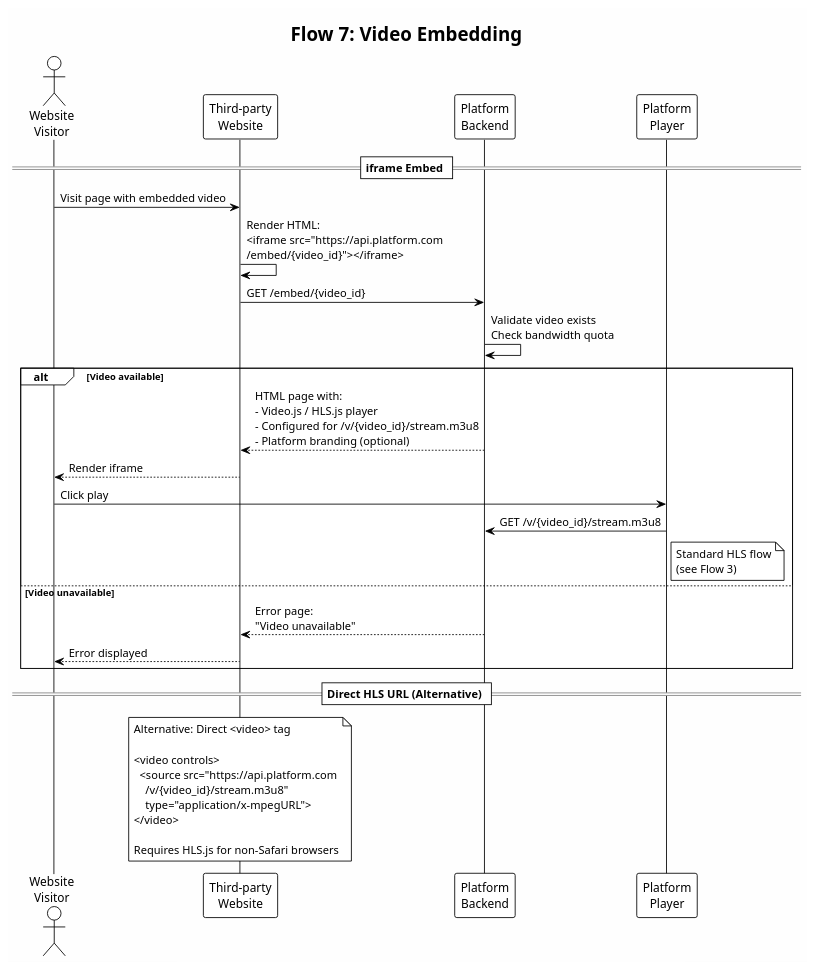
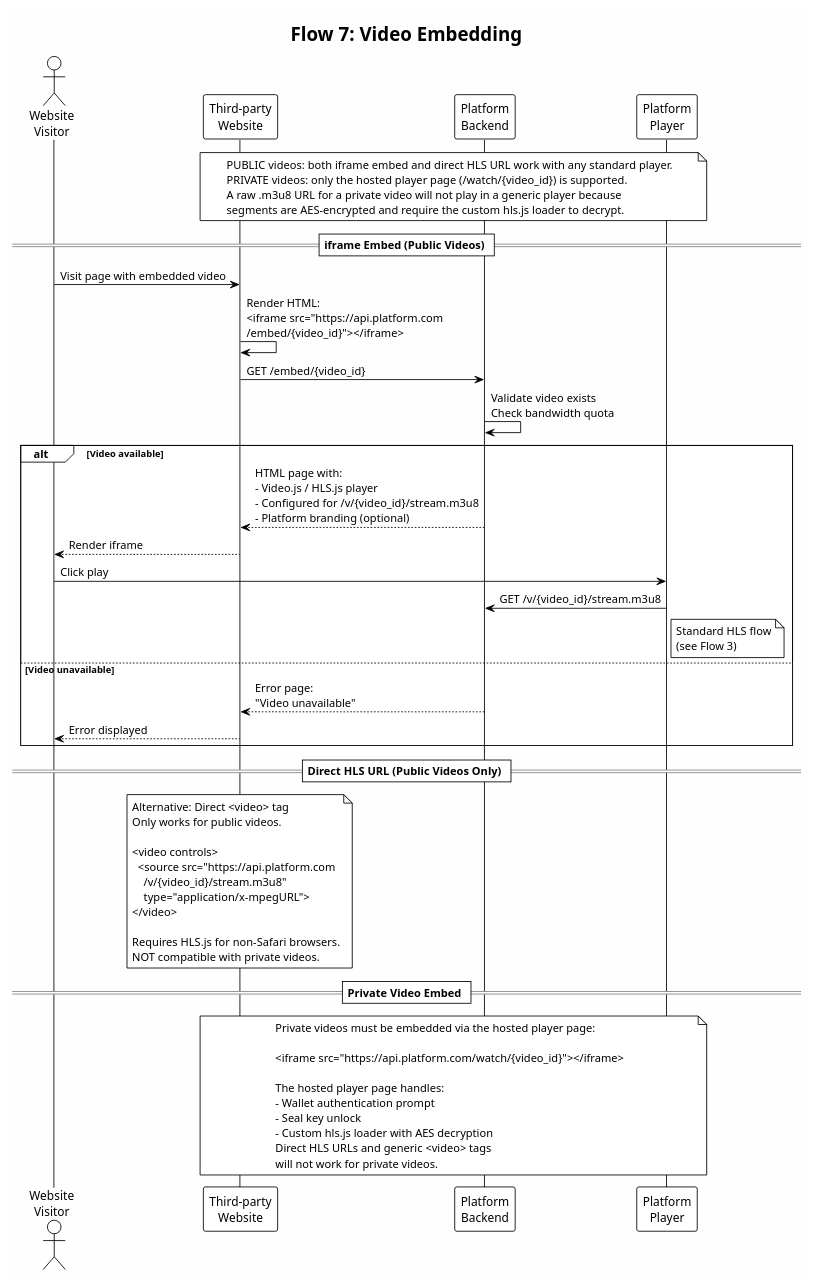
One commit to node101-io/walrus-rfp-timeline-milestones changed the diagram in diagrams/07-embed-player.puml. Above: the diagram before and after it, drawn with PlantUML. The commit also changed 2 other files, not shown here.

```diff
--- a/diagrams/07-embed-player.puml
+++ b/diagrams/07-embed-player.puml
@@ -1,50 +1,74 @@
 @startuml 07-embed-player
 
 !theme plain
 skinparam backgroundColor #FEFEFE
 title Flow 7: Video Embedding
 
 actor "Website\nVisitor" as Visitor
 participant "Third-party\nWebsite" as Website
 participant "Platform\nBackend" as Backend
 participant "Platform\nPlayer" as Player
 
-== iframe Embed ==
+note over Website, Player
+  PUBLIC videos: both iframe embed and direct HLS URL work with any standard player.
+  PRIVATE videos: only the hosted player page (/watch/{video_id}) is supported.
+  A raw .m3u8 URL for a private video will not play in a generic player because
+  segments are AES-encrypted and require the custom hls.js loader to decrypt.
+end note
+
+== iframe Embed (Public Videos) ==
 
 Visitor -> Website: Visit page with embedded video
 
 Website -> Website: Render HTML:\n<iframe src="https://api.platform.com\n/embed/{video_id}"></iframe>
 
 Website -> Backend: GET /embed/{video_id}
 
 Backend -> Backend: Validate video exists\nCheck bandwidth quota
 
 alt Video available
     Backend --> Website: HTML page with:\n- Video.js / HLS.js player\n- Configured for /v/{video_id}/stream.m3u8\n- Platform branding (optional)
 
     Website --> Visitor: Render iframe
 
     Visitor -> Player: Click play
     Player -> Backend: GET /v/{video_id}/stream.m3u8
     note right of Player: Standard HLS flow\n(see Flow 3)
 
 else Video unavailable
     Backend --> Website: Error page:\n"Video unavailable"
     Website --> Visitor: Error displayed
 end
 
-== Direct HLS URL (Alternative) ==
+== Direct HLS URL (Public Videos Only) ==
 
 note over Website
   Alternative: Direct <video> tag
+  Only works for public videos.
 
   <video controls>
     <source src="https://api.platform.com
       /v/{video_id}/stream.m3u8"
       type="application/x-mpegURL">
   </video>
 
-  Requires HLS.js for non-Safari browsers
+  Requires HLS.js for non-Safari browsers.
+  NOT compatible with private videos.
+end note
+
+== Private Video Embed ==
+
+note over Website, Player
+  Private videos must be embedded via the hosted player page:
+
+  <iframe src="https://api.platform.com/watch/{video_id}"></iframe>
+
+  The hosted player page handles:
+  - Wallet authentication prompt
+  - Seal key unlock
+  - Custom hls.js loader with AES decryption
+  Direct HLS URLs and generic <video> tags
+  will not work for private videos.
 end note
 
 @enduml
```
